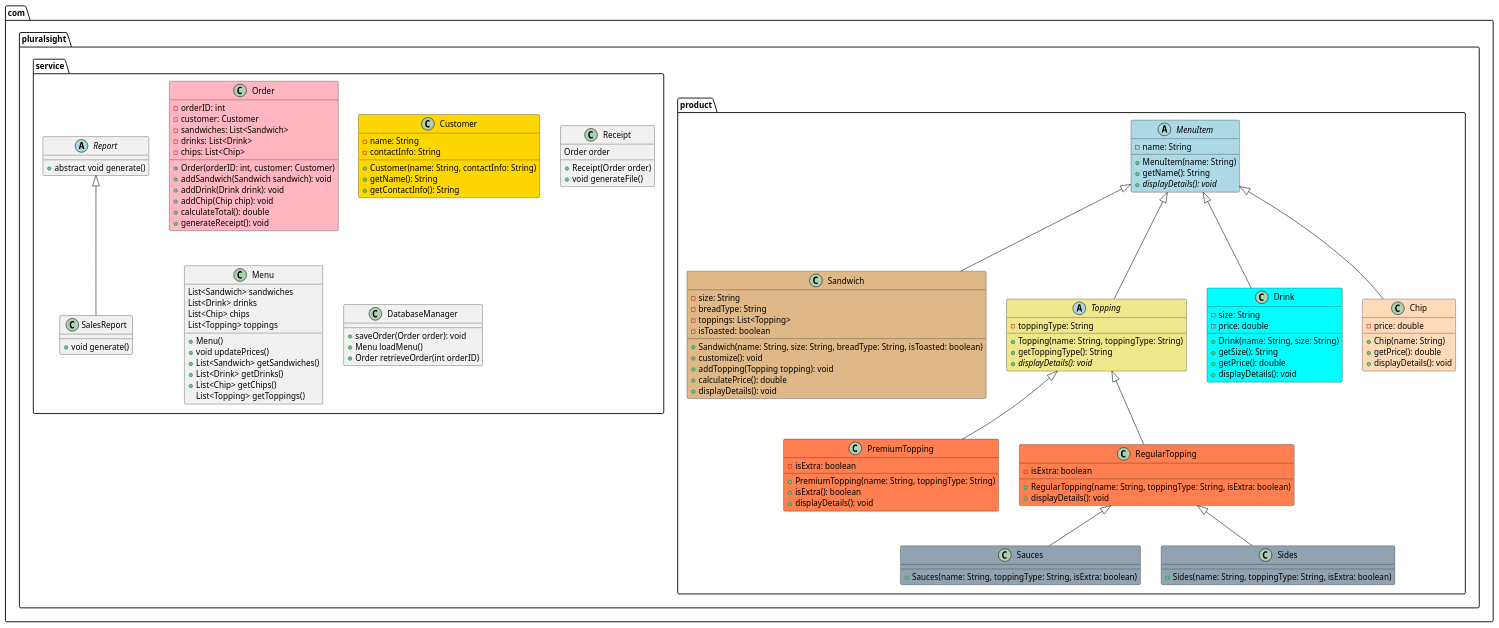
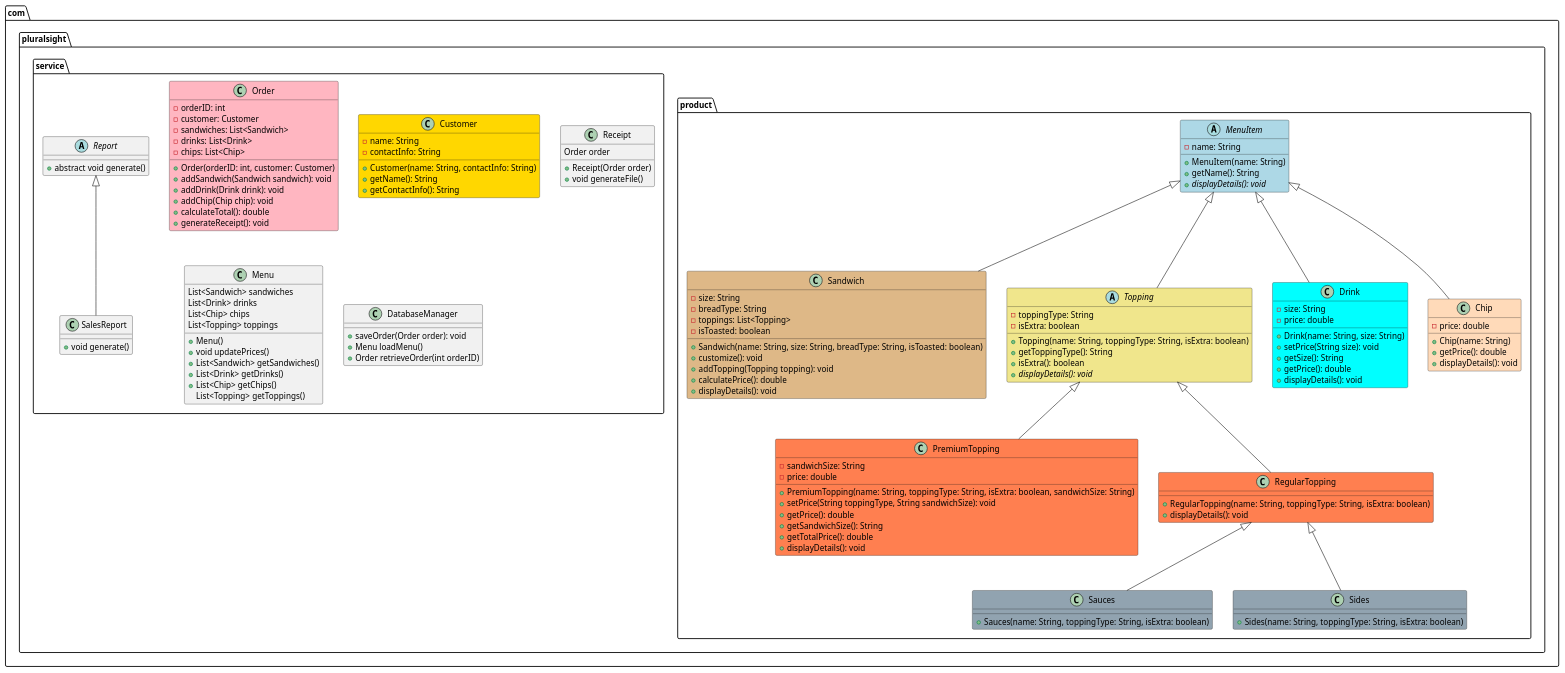
The diagram in src/main/java/com/pluralsight/byyte-now.puml (Ptunda/byyte-now), drawn with PlantUML before and after one commit. The commit also changed 3 other files, not shown here.

Commit message:
Added a PremiumTopping class that extends Topping class

```diff
--- a/src/main/java/com/pluralsight/byyte-now.puml
+++ b/src/main/java/com/pluralsight/byyte-now.puml
@@ -1,149 +1,155 @@
 @startuml
 package com.pluralsight{
 
 package com.pluralsight.product{
 
 abstract class MenuItem #lightblue{
 -name: String
 
 +MenuItem(name: String)
 +getName(): String
 +{abstract} displayDetails(): void
 
 }
 
 class Sandwich #DEB887 extends MenuItem{
 -size: String
 -breadType: String
 -toppings: List<Topping>
 -isToasted: boolean
 
 +Sandwich(name: String, size: String, breadType: String, isToasted: boolean)
 +customize(): void
 +addTopping(Topping topping): void
 +calculatePrice(): double
 +displayDetails(): void
 }
 
 abstract class Topping #F0E68C extends MenuItem {
 -toppingType: String
-+Topping(name: String, toppingType: String)
+-isExtra: boolean
++Topping(name: String, toppingType: String, isExtra: boolean)
 +getToppingType(): String
++isExtra(): boolean
 +{abstract} displayDetails(): void
 }
 
 class Drink #00FFFF extends MenuItem {
 -size: String
 -price: double
 
 +Drink(name: String, size: String)
++setPrice(String size): void
 +getSize(): String
 +getPrice(): double
 +displayDetails(): void
 }
 
 class Chip #FFDAB9 extends MenuItem {
 -price: double
 
 +Chip(name: String)
 +getPrice(): double
 +displayDetails(): void
 }
 
 
 class PremiumTopping #FF7F50 extends Topping {
--isExtra: boolean
-+PremiumTopping(name: String, toppingType: String)
-+isExtra(): boolean
+-sandwichSize: String
+-price: double
++PremiumTopping(name: String, toppingType: String, isExtra: boolean, sandwichSize: String)
++setPrice(String toppingType, String sandwichSize): void
++getPrice(): double
++getSandwichSize(): String
++getTotalPrice(): double
 +displayDetails(): void
 }
 
 class RegularTopping #FF7F50 extends Topping {
--isExtra: boolean
 +RegularTopping(name: String, toppingType: String, isExtra: boolean)
 +displayDetails(): void
 }
 
 class Sauces #91A3B0 extends RegularTopping{
 
 +Sauces(name: String, toppingType: String, isExtra: boolean)
 
 }
 
 class Sides #91A3B0 extends RegularTopping{
 
 +Sides(name: String, toppingType: String, isExtra: boolean)
 }
 
 
 }
 
 package com.pluralsight.service{
 
 class Order #FFB6C1 {
 -orderID: int
 -customer: Customer
 -sandwiches: List<Sandwich>
 -drinks: List<Drink>
 -chips: List<Chip>
 
 +Order(orderID: int, customer: Customer)
 +addSandwich(Sandwich sandwich): void
 +addDrink(Drink drink): void
 +addChip(Chip chip): void
 +calculateTotal(): double
 +generateReceipt(): void
 }
 
 class Customer #FFD700{
 -name: String
 -contactInfo: String
 
 +Customer(name: String, contactInfo: String)
 +getName(): String
 +getContactInfo(): String
 }
 
 abstract class Report {
 +abstract void generate()
 }
 
 
 class Receipt {
 Order order
 
 +Receipt(Order order)
 +void generateFile()
 }
 
 class SalesReport extends Report {
 +void generate()
 }
 
 class Menu {
 List<Sandwich> sandwiches
 List<Drink> drinks
 List<Chip> chips
 List<Topping> toppings
 
 + Menu()
 +void updatePrices()
 +List<Sandwich> getSandwiches()
 +List<Drink> getDrinks()
 +List<Chip> getChips()
 List<Topping> getToppings()
 }
 
 class DatabaseManager {
 +saveOrder(Order order): void
 +Menu loadMenu()
 +Order retrieveOrder(int orderID)
 }
 
 
 }
 
 }
 
 
 @enduml
```
